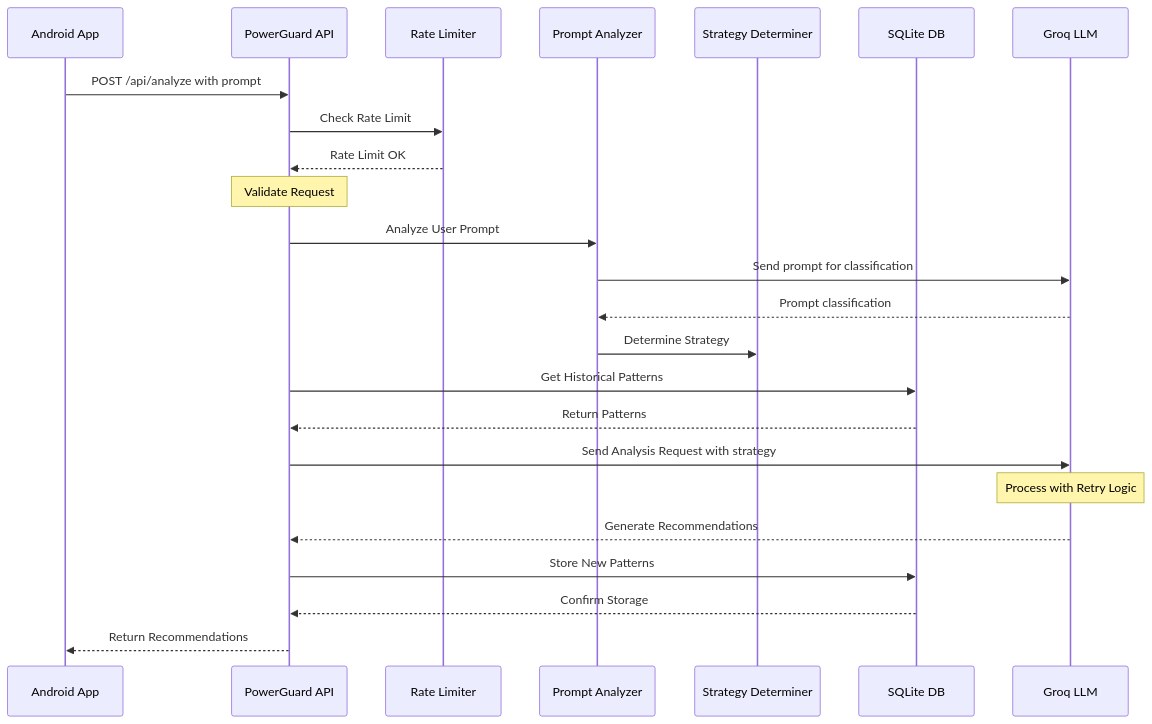
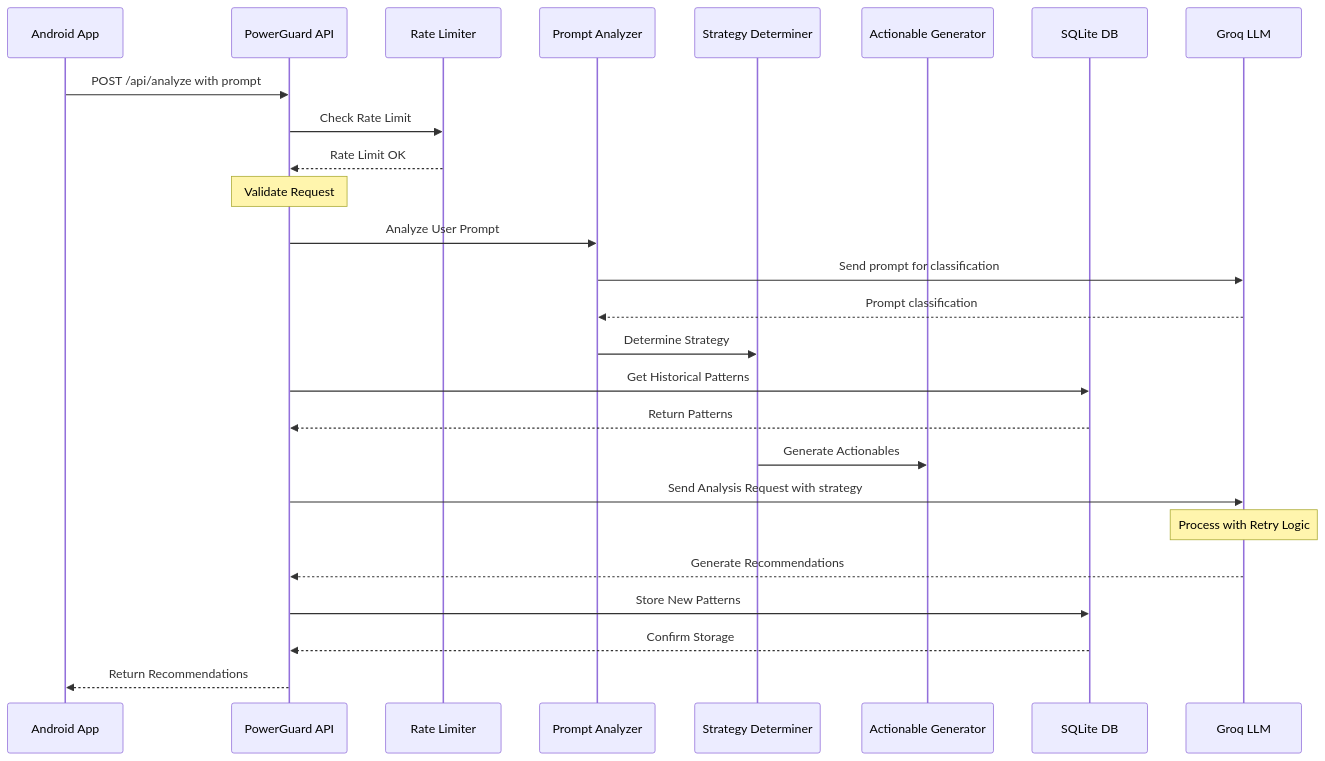
One commit to hiteshchopra11/PowerGuardBackend changed the third of 3 diagrams in README.md. Above: the diagram before and after it, drawn with Mermaid. The commit also changed other lines of this file, not shown here.

````diff
--- a/README.md
+++ b/README.md
@@ -100,27 +103,29 @@
 ```mermaid
 sequenceDiagram
     participant App as Android App
     participant API as PowerGuard API
     participant RL as Rate Limiter
     participant PA as Prompt Analyzer
     participant SD as Strategy Determiner
+    participant AG as Actionable Generator
     participant DB as SQLite DB
     participant LLM as Groq LLM
     
     App->>API: POST /api/analyze with prompt
     API->>RL: Check Rate Limit
     RL-->>API: Rate Limit OK
     Note over API: Validate Request
     API->>PA: Analyze User Prompt
     PA->>LLM: Send prompt for classification
     LLM-->>PA: Prompt classification
     PA->>SD: Determine Strategy
     API->>DB: Get Historical Patterns
     DB-->>API: Return Patterns
+    SD->>AG: Generate Actionables
     API->>LLM: Send Analysis Request with strategy
     Note over LLM: Process with Retry Logic
     LLM-->>API: Generate Recommendations
     API->>DB: Store New Patterns
     DB-->>API: Confirm Storage
     API-->>App: Return Recommendations
 ```
````
